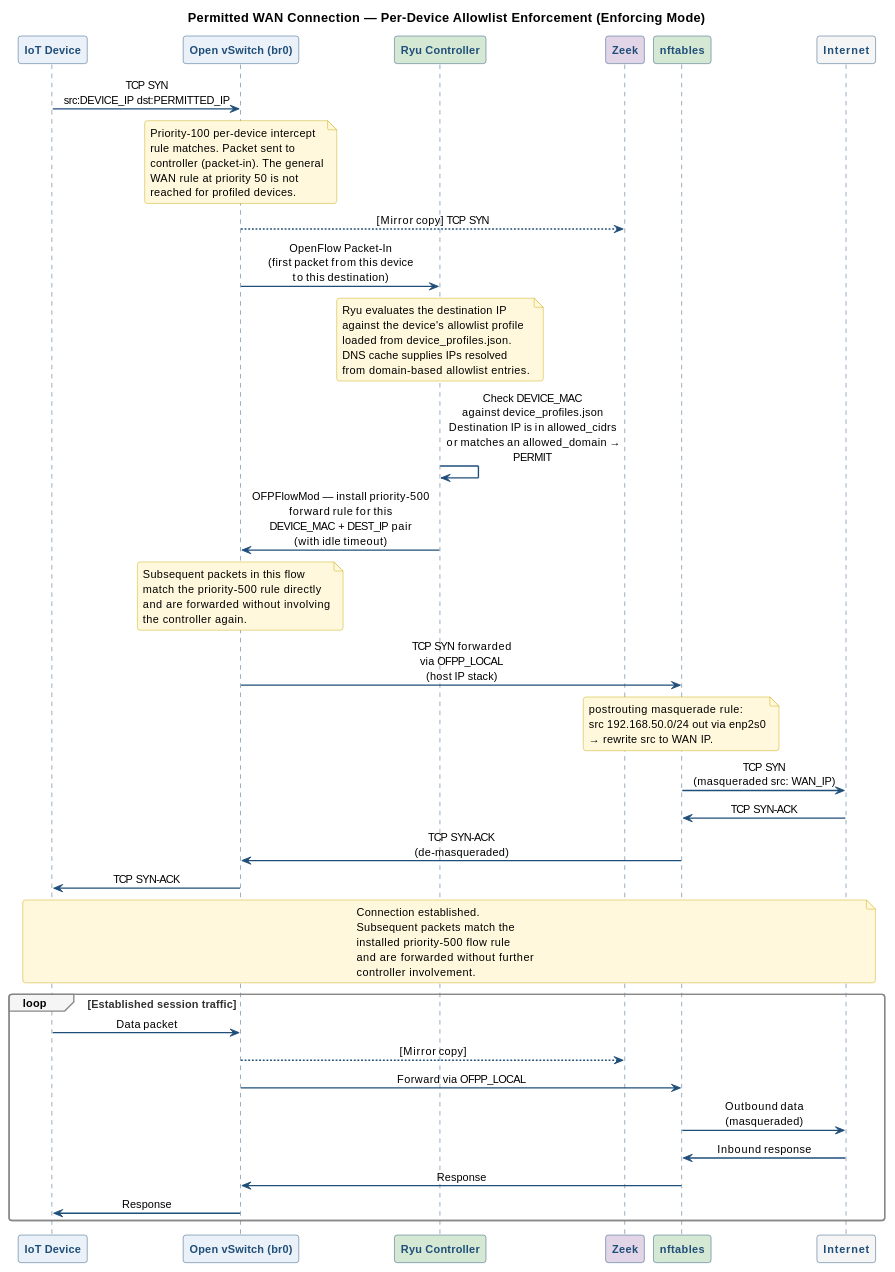
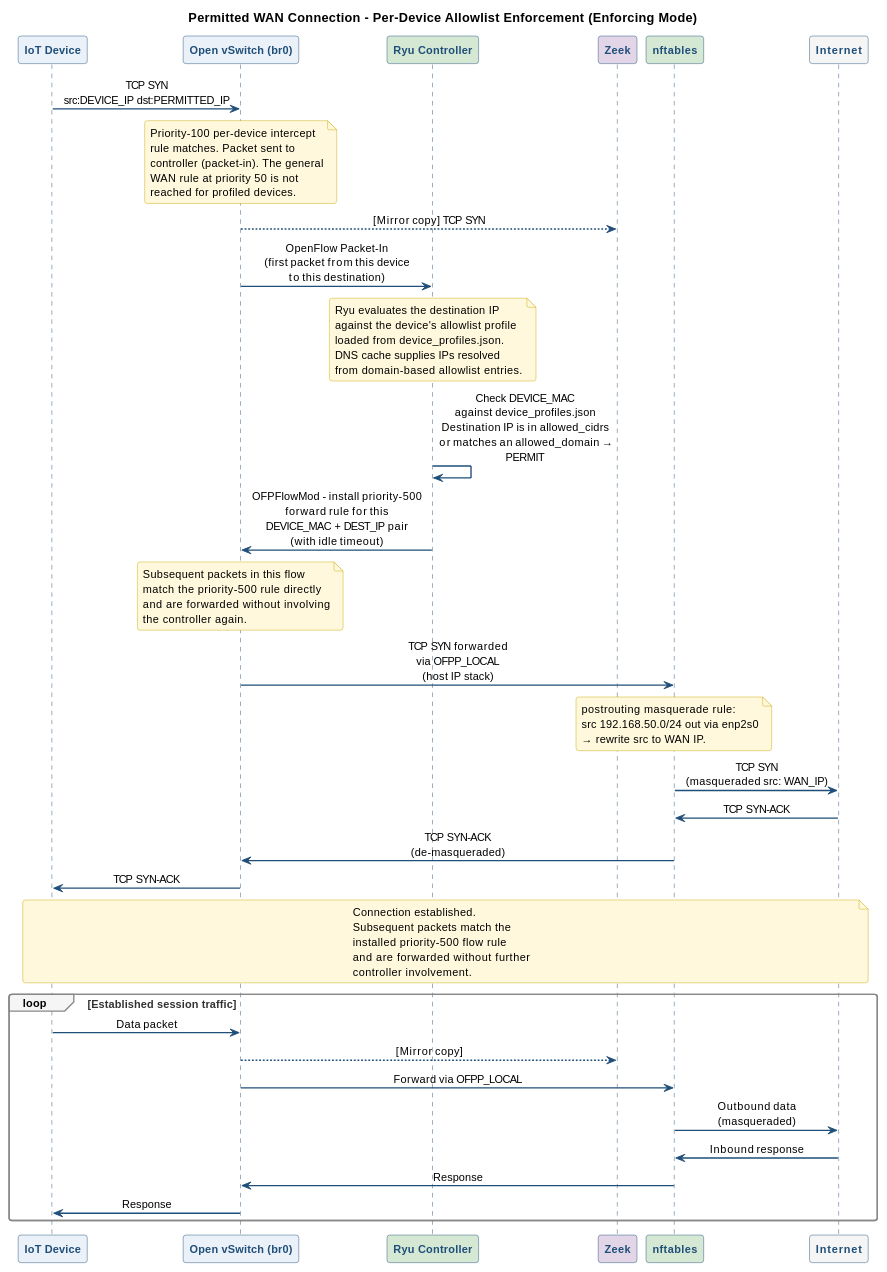
One commit to TeraUK/iot-gateway changed the second of 4 diagrams in docs/architecture/traffic-path-sequence-diagrams.md. Above: the diagram before and after it, drawn with PlantUML. The commit also changed other lines of this file and 19 other files, not shown here.

Commit message:
Updated documentation. Mainly updated data-flow.md, but also made small changes elsewhere and added some placeholders for futue docs.

````diff
--- a/docs/architecture/traffic-path-sequence-diagrams.md
+++ b/docs/architecture/traffic-path-sequence-diagrams.md
@@ -120,7 +120,7 @@
 ```kroki-plantuml
 @startuml permitted_wan
 
-title Permitted WAN Connection — Per-Device Allowlist Enforcement (Enforcing Mode)
+title Permitted WAN Connection - Per-Device Allowlist Enforcement (Enforcing Mode)
 
 skinparam sequenceMessageAlign center
 skinparam responseMessageBelowArrow true
@@ -184,7 +184,7 @@
 
 ryu -> ryu : Check DEVICE_MAC\nagainst device_profiles.json\nDestination IP is in allowed_cidrs\nor matches an allowed_domain → PERMIT
 
-ryu -> ovs : OFPFlowMod — install priority-500\nforward rule for this\nDEVICE_MAC + DEST_IP pair\n(with idle timeout)
+ryu -> ovs : OFPFlowMod - install priority-500\nforward rule for this\nDEVICE_MAC + DEST_IP pair\n(with idle timeout)
 
 note over ovs
   Subsequent packets in this flow
````
